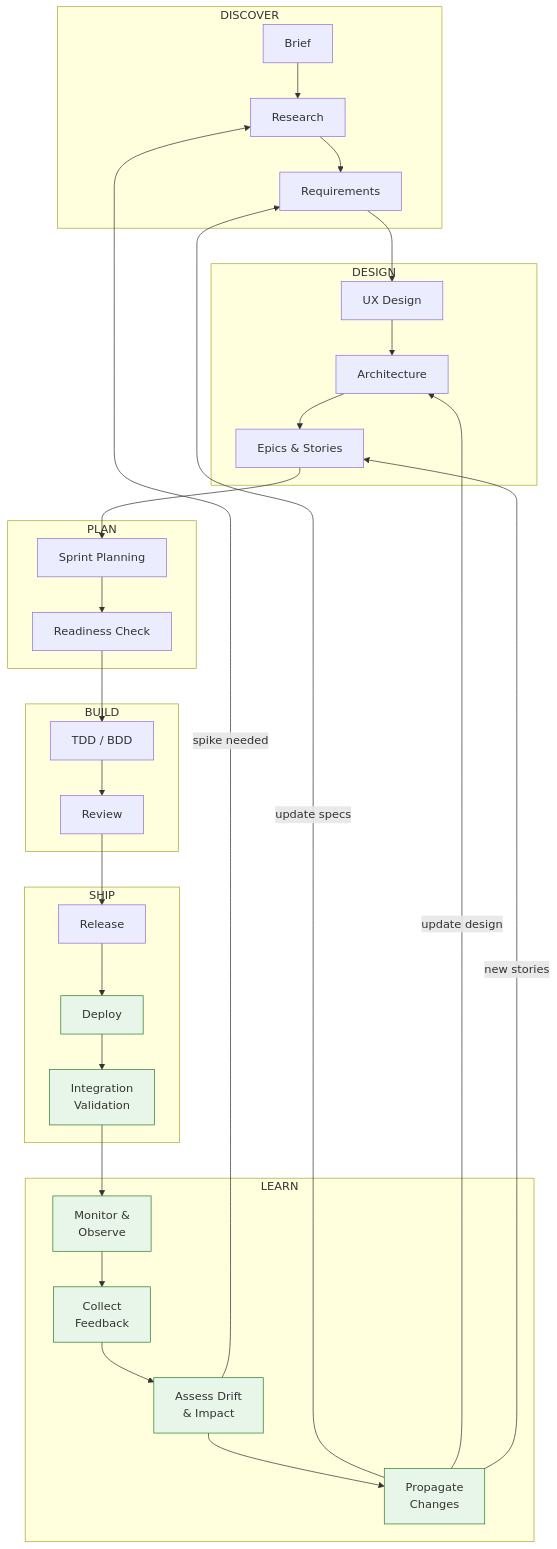
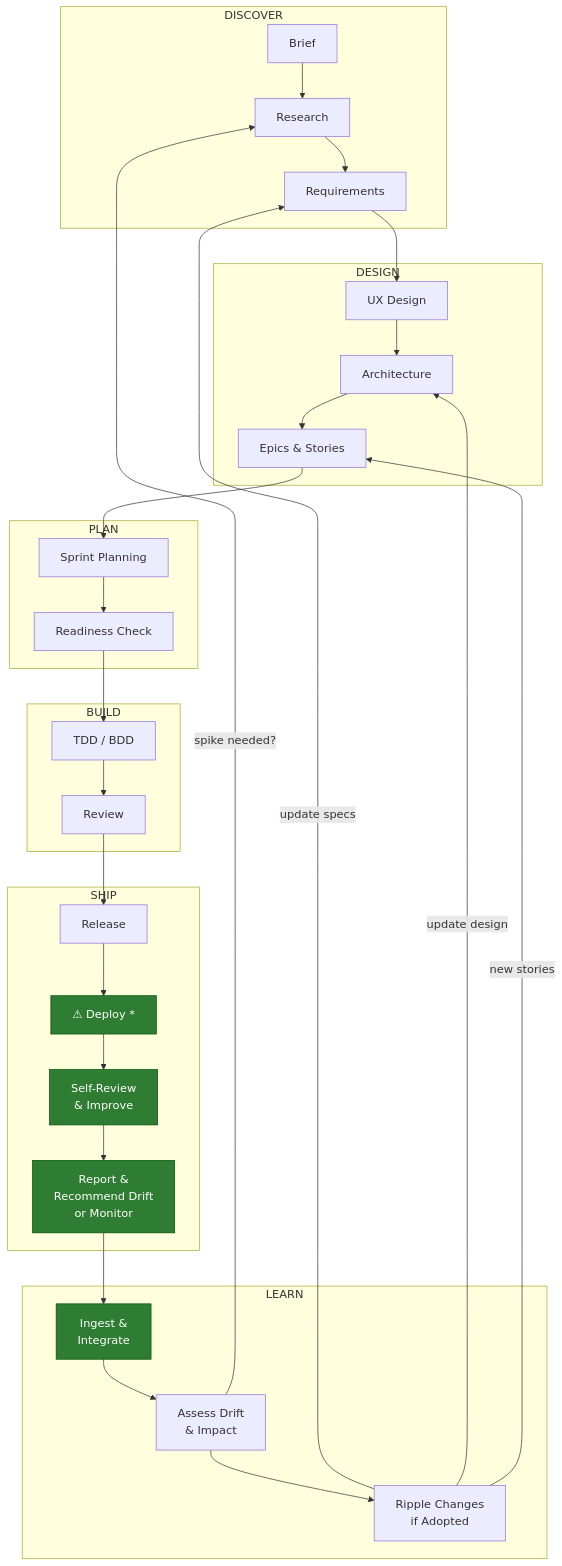
Before and after one commit to slabgorb/orc-penny: diagram 13 of 20 in docs/lifecycle-improvement-rs.md, drawn with Mermaid. The commit also changed other lines of this file and 21 other files, not shown here.

````diff
--- a/docs/lifecycle-improvement-rs.md
+++ b/docs/lifecycle-improvement-rs.md
@@ -125,56 +630,56 @@
 ```mermaid
 graph TD
     subgraph "DISCOVER"
         PB["Brief"]
         R["Research"]
         PRD["Requirements"]
     end
 
     subgraph "DESIGN"
         UX["UX Design"]
         ARCH["Architecture"]
         ES["Epics & Stories"]
     end
 
     subgraph "PLAN"
         SP["Sprint Planning"]
         IR["Readiness Check"]
     end
 
     subgraph "BUILD"
         IMPL["TDD / BDD"]
         REVIEW["Review"]
     end
 
     subgraph "SHIP"
         REL["Release"]
-        DEPLOY["Deploy"]
-        VALIDATE["Integration<br/>Validation"]
+        DEPLOY["⚠ Deploy *"]
+        VALIDATE["Self-Review<br/>& Improve"]
+        MONITOR["Report &<br/>Recommend Drift<br/>or Monitor"]
     end
 
     subgraph "LEARN"
-        MONITOR["Monitor &<br/>Observe"]
-        FEEDBACK["Collect<br/>Feedback"]
+        FEEDBACK["Ingest &<br/>Integrate"]
         ASSESS["Assess Drift<br/>& Impact"]
-        PROPAGATE["Propagate<br/>Changes"]
+        PROPAGATE["Ripple Changes<br/>if Adopted"]
     end
 
     PB --> R --> PRD
     PRD --> UX --> ARCH --> ES
     ES --> SP --> IR
     IR --> IMPL --> REVIEW
-    REVIEW --> REL --> DEPLOY --> VALIDATE
-    VALIDATE --> MONITOR --> FEEDBACK --> ASSESS --> PROPAGATE
+    REVIEW --> REL --> DEPLOY --> VALIDATE --> MONITOR
+    MONITOR --> FEEDBACK --> ASSESS --> PROPAGATE
 
     PROPAGATE -->|"update specs"| PRD
     PROPAGATE -->|"update design"| ARCH
     PROPAGATE -->|"new stories"| ES
-    ASSESS -->|"spike needed"| R
+    ASSESS -->|"spike needed?"| R
 
-    style MONITOR fill:#e8f5e9,stroke:#2e7d32
-    style FEEDBACK fill:#e8f5e9,stroke:#2e7d32
-    style ASSESS fill:#e8f5e9,stroke:#2e7d32
-    style PROPAGATE fill:#e8f5e9,stroke:#2e7d32
-    style DEPLOY fill:#e8f5e9,stroke:#2e7d32
-    style VALIDATE fill:#e8f5e9,stroke:#2e7d32
+    style MONITOR fill:#2e7d32,stroke:#005005,color:#fff
+    style FEEDBACK fill:#2e7d32,stroke:#005005,color:#fff
+    style DEPLOY fill:#2e7d32,stroke:#005005,color:#fff
+    style VALIDATE fill:#2e7d32,stroke:#005005,color:#fff
+
+    click DEPLOY "#a-the-complete-lifecycle-loop" "See warning: Deploy means integrate with the team's efforts"
 ```
````
